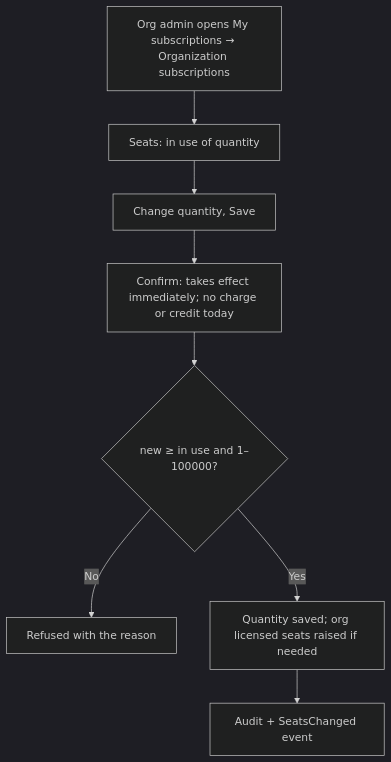
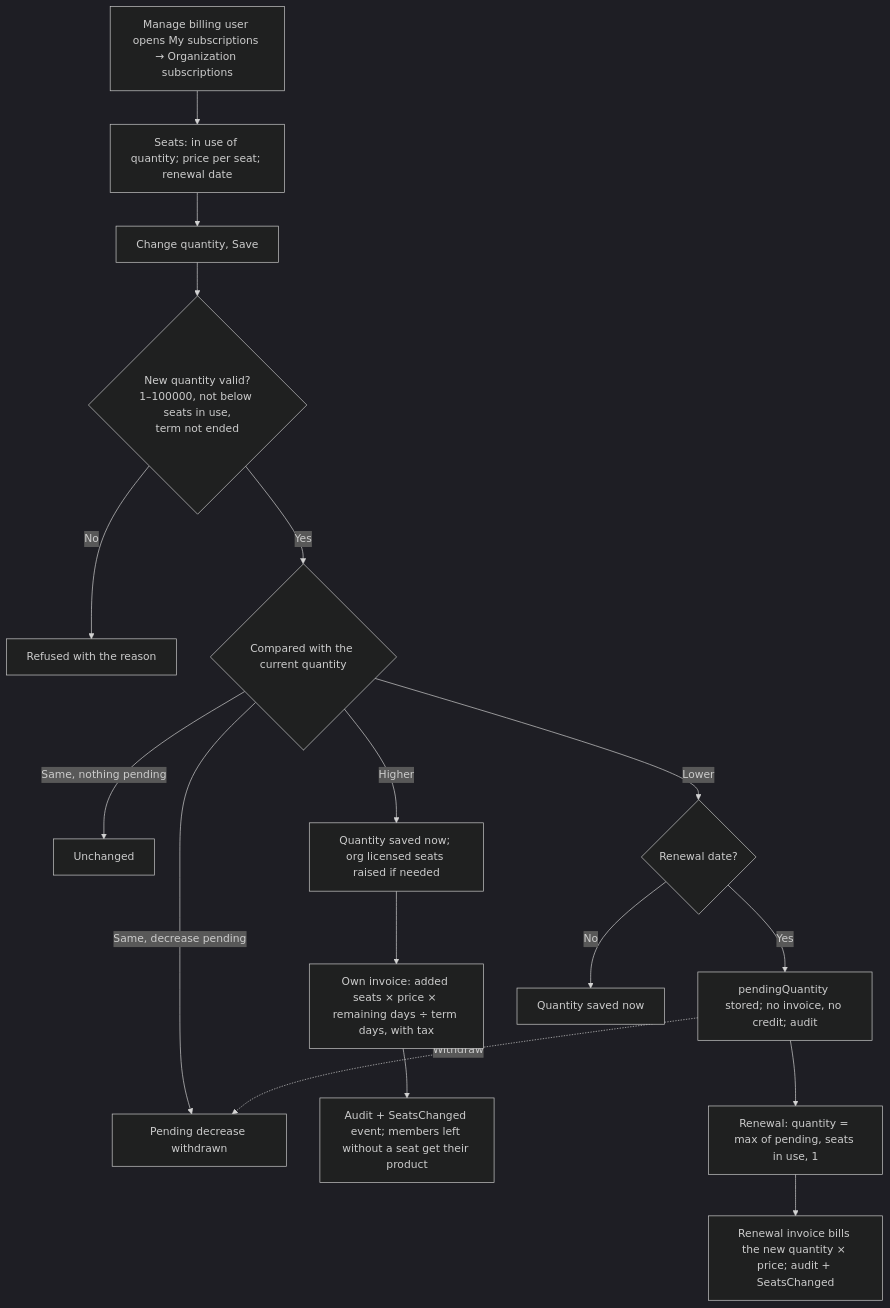
The diagram in docs/02-requirements/FRD/subscription-seats/workflow.md (evyoog/Enterprise-Intelligence-Suite), drawn with Mermaid (dark theme) before and after one commit. The commit also changed other lines of this file and 18 other files, not shown here.

First line of the commit message:
C100 frontend: cart coupon field, purchase-request dialog, seats in cart, admin Coupons page, multi-item orders, discount lines; tax nav label fix

````diff
--- a/docs/02-requirements/FRD/subscription-seats/workflow.md
+++ b/docs/02-requirements/FRD/subscription-seats/workflow.md
@@ -3,10 +3,19 @@
 ```mermaid
 flowchart TD
-    A[Org admin opens My subscriptions → Organization subscriptions] --> B[Seats: in use of quantity]
+    A[Manage billing user opens My subscriptions → Organization subscriptions] --> B[Seats: in use of quantity; price per seat; renewal date]
     B --> C[Change quantity, Save]
-    C --> D[Confirm: takes effect immediately; no charge or credit today]
-    D --> E{new ≥ in use and 1–100000?}
-    E -- No --> F[Refused with the reason]
-    E -- Yes --> G[Quantity saved; org licensed seats raised if needed]
-    G --> H[Audit + SeatsChanged event]
+    C --> D{New quantity valid?<br/>1–100000, not below seats in use,<br/>term not ended}
+    D -- No --> F[Refused with the reason]
+    D -- Yes --> E{Compared with the current quantity}
+    E -- Same, decrease pending --> W[Pending decrease withdrawn]
+    E -- Same, nothing pending --> U[Unchanged]
+    E -- Higher --> G[Quantity saved now; org licensed seats raised if needed]
+    G --> G1[Own invoice: added seats × price × remaining days ÷ term days, with tax]
+    G1 --> H[Audit + SeatsChanged event; members left without a seat get their product]
+    E -- Lower --> L{Renewal date?}
+    L -- Yes --> P[pendingQuantity stored; no invoice, no credit; audit]
+    L -- No --> N[Quantity saved now]
+    P --> R[Renewal: quantity = max of pending, seats in use, 1]
+    R --> R1[Renewal invoice bills the new quantity × price; audit + SeatsChanged]
+    P -. Withdraw .-> W
 ```
````
